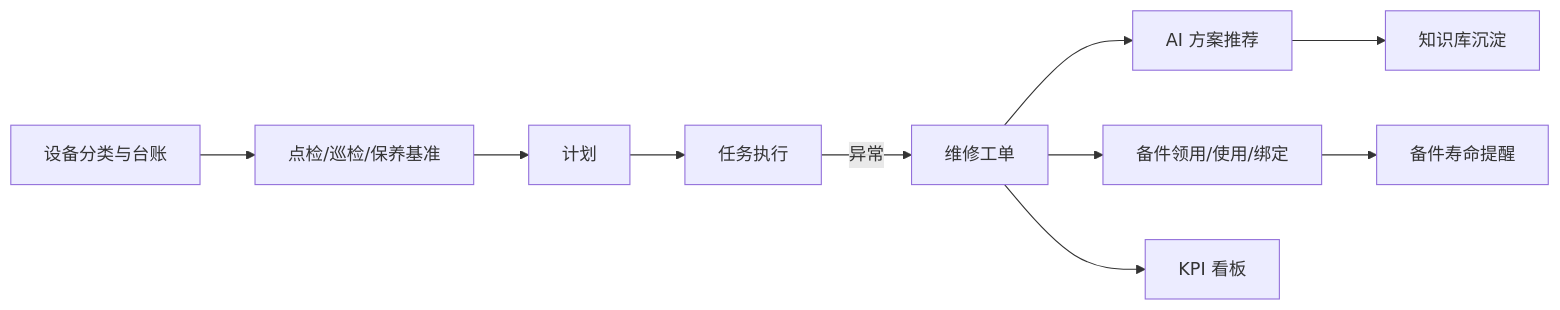
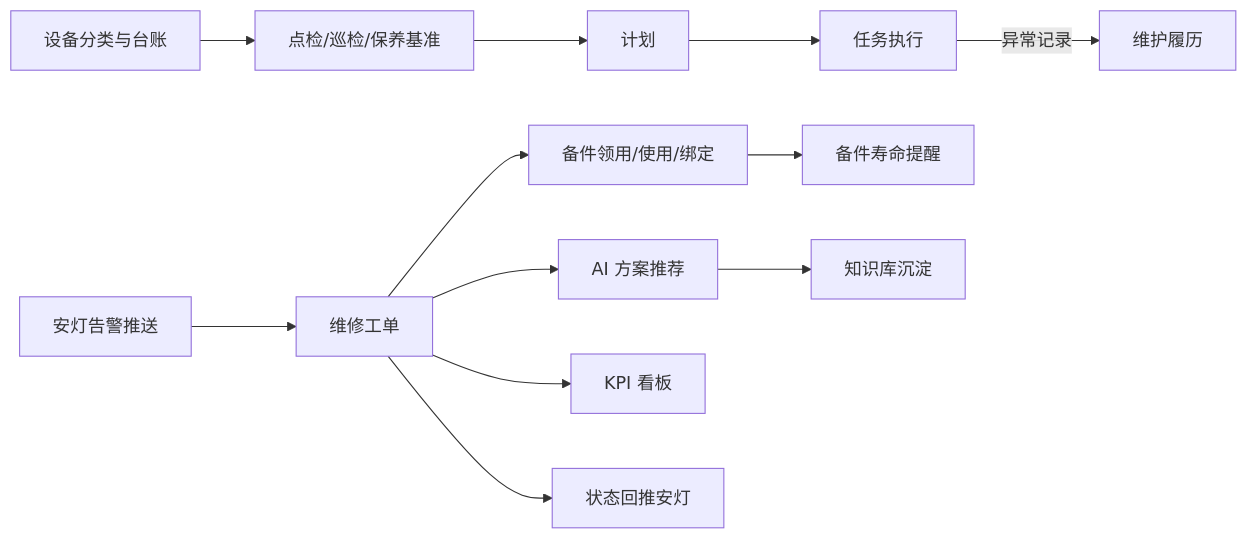
The diagram in P9/00-最小闭环总览.md (front-yummy/equipment-management-standard), drawn with Mermaid before and after one commit. The commit also changed other lines of this file and 5 other files, not shown here.

````diff
--- a/P9/00-最小闭环总览.md
+++ b/P9/00-最小闭环总览.md
@@ -11,12 +11,14 @@
 ```mermaid
 flowchart LR
     A[设备分类与台账] --> B[点检/巡检/保养基准]
     B --> C[计划]
     C --> D[任务执行]
-    D -->|异常| E[维修工单]
+    K[安灯告警推送] --> E[维修工单]
+    D -->|异常记录| M[维护履历]
     E --> F[AI 方案推荐]
     E --> G[备件领用/使用/绑定]
     G --> H[备件寿命提醒]
     E --> I[KPI 看板]
     F --> J[知识库沉淀]
+    E --> L[状态回推安灯]
 ```
````
